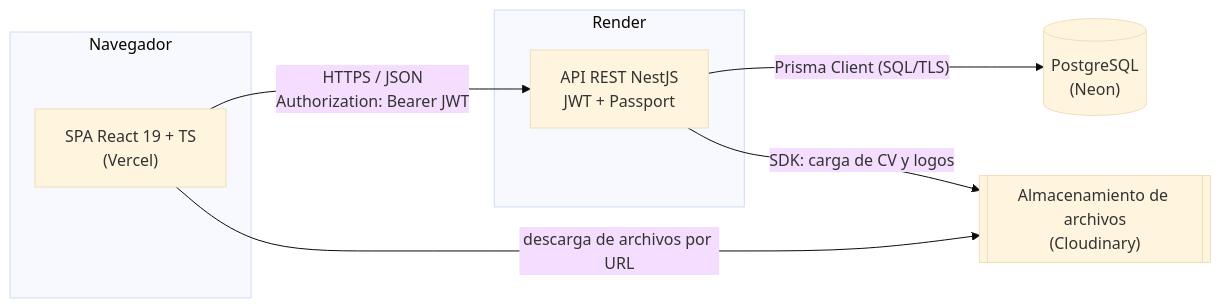
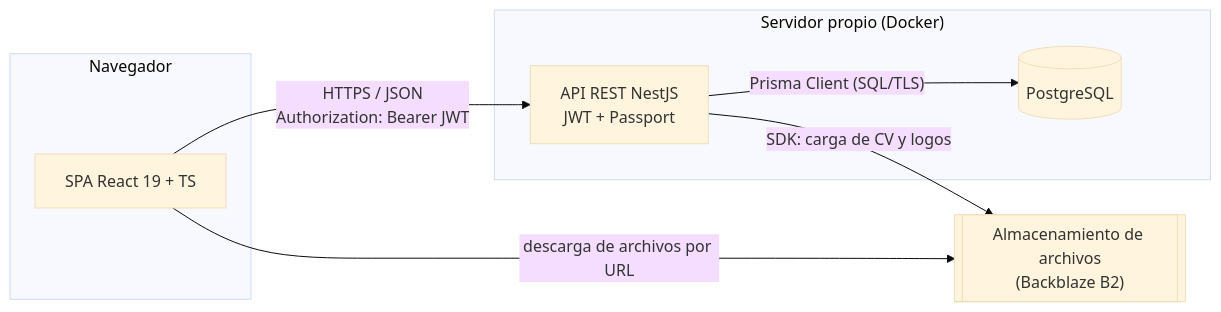
The first of 3 diagrams in docs/arquitectura.md (treynoso-codetria/proyecto-final-tupad-pasantias), drawn with Mermaid (base theme) before and after one commit. The commit also changed other lines of this file and 21 other files, not shown here.

````diff
--- a/docs/arquitectura.md
+++ b/docs/arquitectura.md
@@ -13,16 +13,16 @@
 ```mermaid
 flowchart LR
     subgraph Cliente["Navegador"]
-        SPA["SPA React 19 + TS<br/>(Vercel)"]
+        SPA["SPA React 19 + TS"]
     end
-    subgraph Servidor["Render"]
+    subgraph Servidor["Servidor propio (Docker)"]
         API["API REST NestJS<br/>JWT + Passport"]
+        DB[("PostgreSQL")]
     end
-    DB[("PostgreSQL<br/>(Neon)")]
-    FS[["Almacenamiento de archivos<br/>(Cloudinary)"]]
+    FS[["Almacenamiento de archivos<br/>(Backblaze B2)"]]
 
     SPA -- "HTTPS / JSON<br/>Authorization: Bearer JWT" --> API
     API -- "Prisma Client (SQL/TLS)" --> DB
     API -- "SDK: carga de CV y logos" --> FS
     SPA -- "descarga de archivos por URL" --> FS
 ```
````
